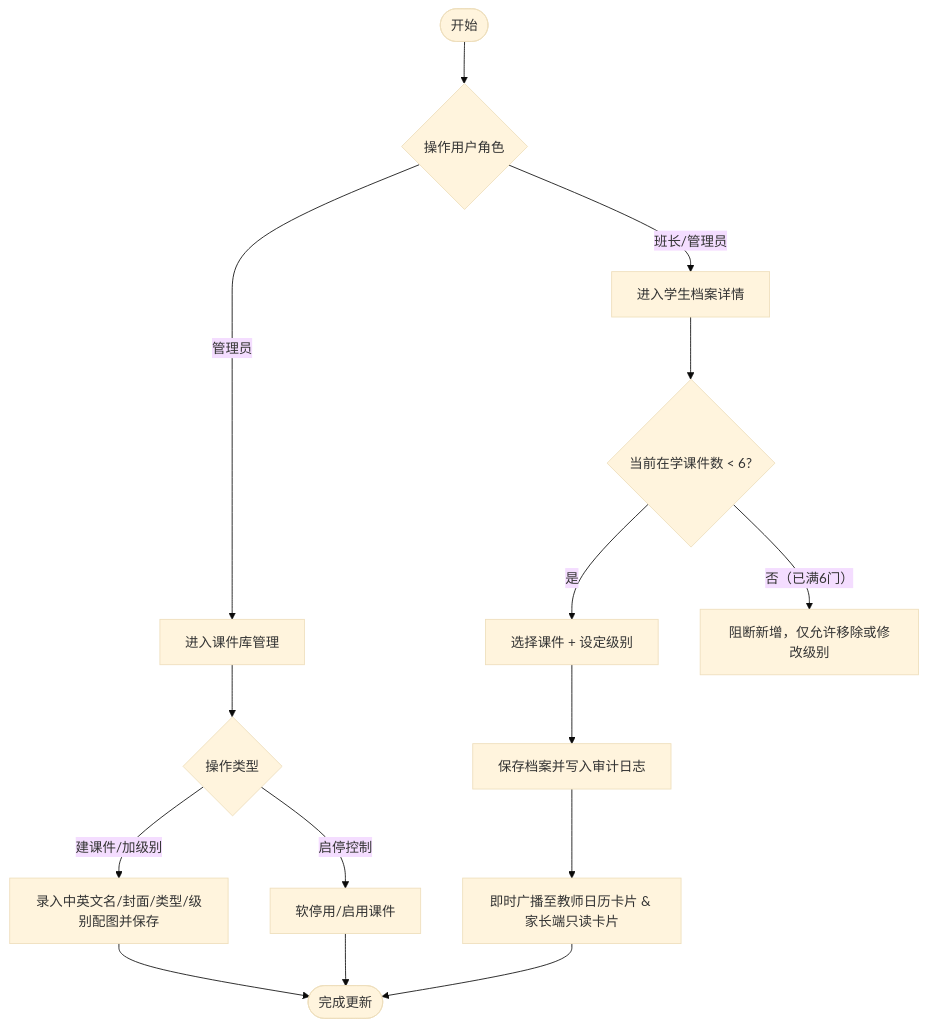
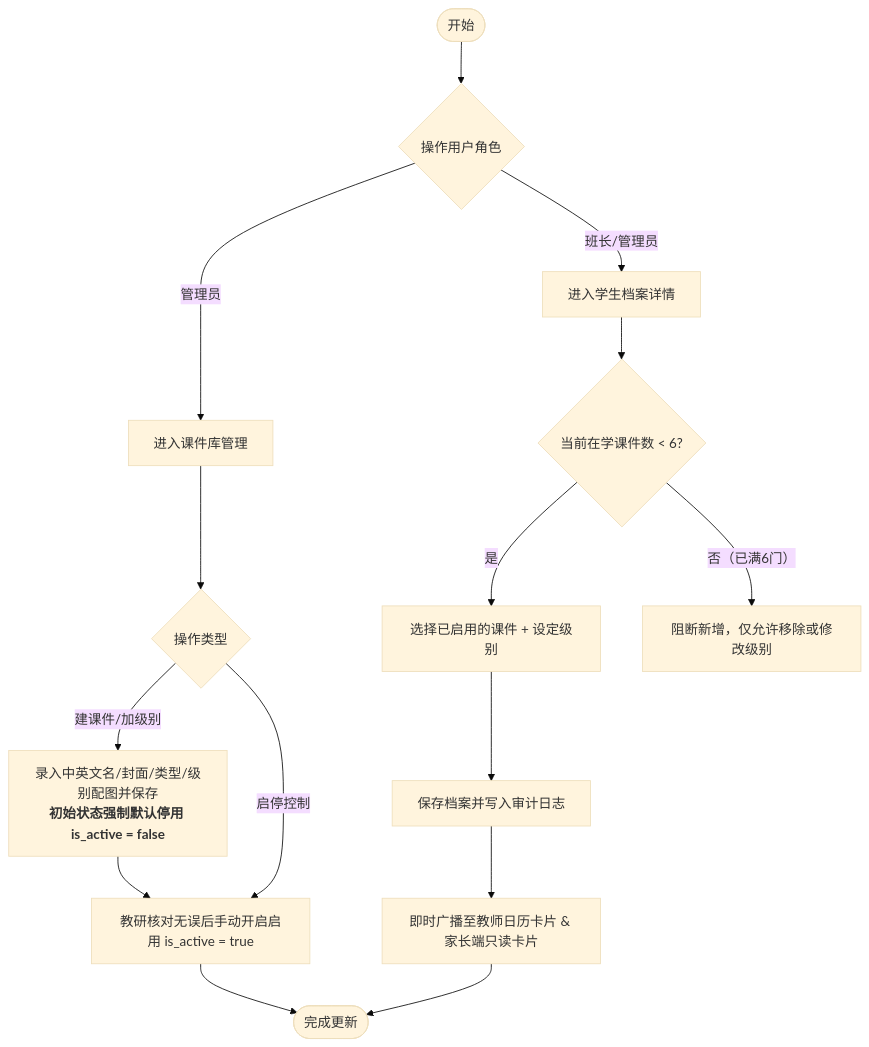
The third of 3 diagrams in docs/prd/m1e_courseware.md (Onezao/dream), drawn with Mermaid (base theme) before and after one commit. The commit also changed other lines of this file and 32 other files, not shown here.

````diff
--- a/docs/prd/m1e_courseware.md
+++ b/docs/prd/m1e_courseware.md
@@ -212,20 +220,20 @@
 ```mermaid
 flowchart TD
     Start([开始]) --> RoleCheck{操作用户角色}
     
     RoleCheck -->|管理员| ManageMaster[进入课件库管理]
     ManageMaster --> MasterOp{操作类型}
-    MasterOp -->|建课件/加级别| SaveMaster[录入中英文名/封面/类型/级别配图并保存]
-    MasterOp -->|启停控制| ToggleMaster[软停用/启用课件]
+    MasterOp -->|建课件/加级别| SaveMaster[录入中英文名/封面/类型/级别配图并保存<br/><b>初始状态强制默认停用 is_active = false</b>]
+    SaveMaster --> ToggleMaster[教研核对无误后手动开启启用 is_active = true]
+    MasterOp -->|启停控制| ToggleMaster
     
     RoleCheck -->|班长/管理员| ConfigStudent[进入学生档案详情]
     ConfigStudent --> CheckLimit{当前在学课件数 < 6?}
-    CheckLimit -->|是| AddOrUpdate[选择课件 + 设定级别]
+    CheckLimit -->|是| AddOrUpdate[选择已启用的课件 + 设定级别]
     CheckLimit -->|否（已满6门）| BlockAdd[阻断新增，仅允许移除或修改级别]
     AddOrUpdate --> SaveProfile[保存档案并写入审计日志]
     
-    SaveMaster --> EndFlow([完成更新])
-    ToggleMaster --> EndFlow
+    ToggleMaster --> EndFlow([完成更新])
     SaveProfile --> SyncDownstream[即时广播至教师日历卡片 & 家长端只读卡片]
     SyncDownstream --> EndFlow
 ```
````
